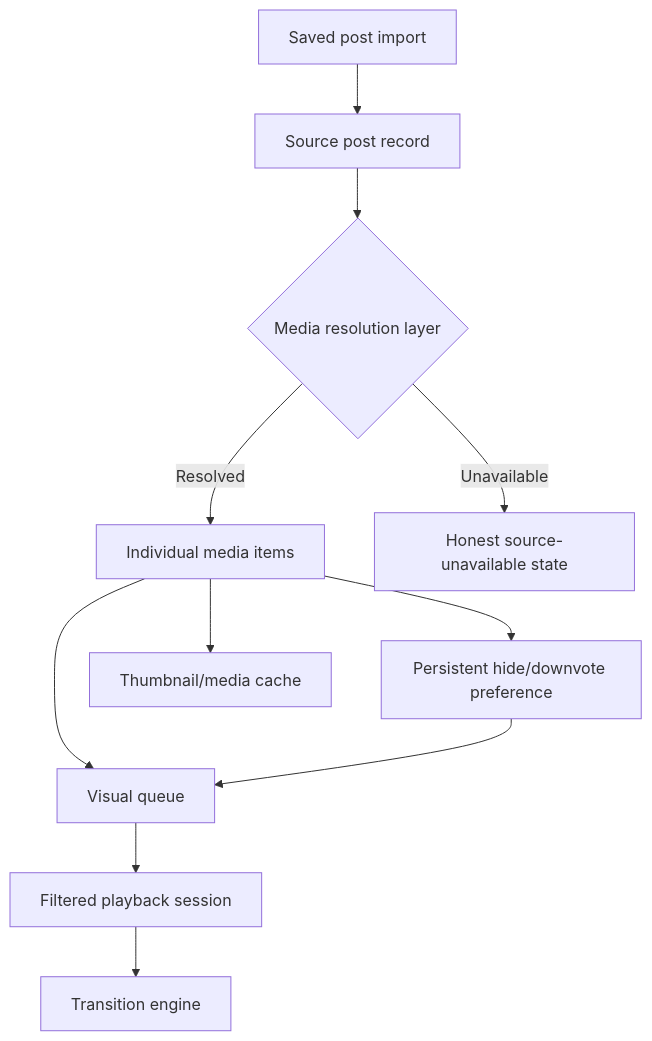
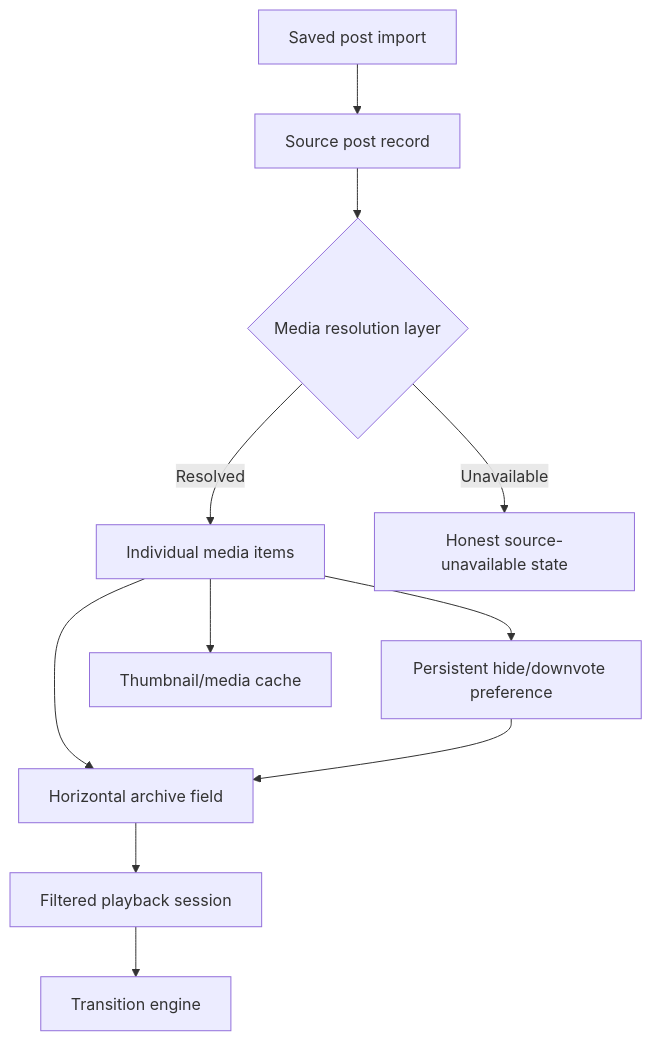
The diagram in PROGRESS.md (bradwang1995/Instagram-saved-photo-viewer), drawn with Mermaid before and after one commit. The commit also changed other lines of this file and 29 other files, not shown here.

````diff
--- a/PROGRESS.md
+++ b/PROGRESS.md
@@ -29,13 +29,13 @@
 ```mermaid
 flowchart TD
     A[Saved post import] --> B[Source post record]
     B --> C{Media resolution layer}
     C -->|Resolved| D[Individual media items]
     C -->|Unavailable| E[Honest source-unavailable state]
-    D --> F[Visual queue]
+    D --> F[Horizontal archive field]
     F --> G[Filtered playback session]
     G --> H[Transition engine]
     D --> I[Persistent hide/downvote preference]
     I --> F
     D --> J[Thumbnail/media cache]
 ```
````
